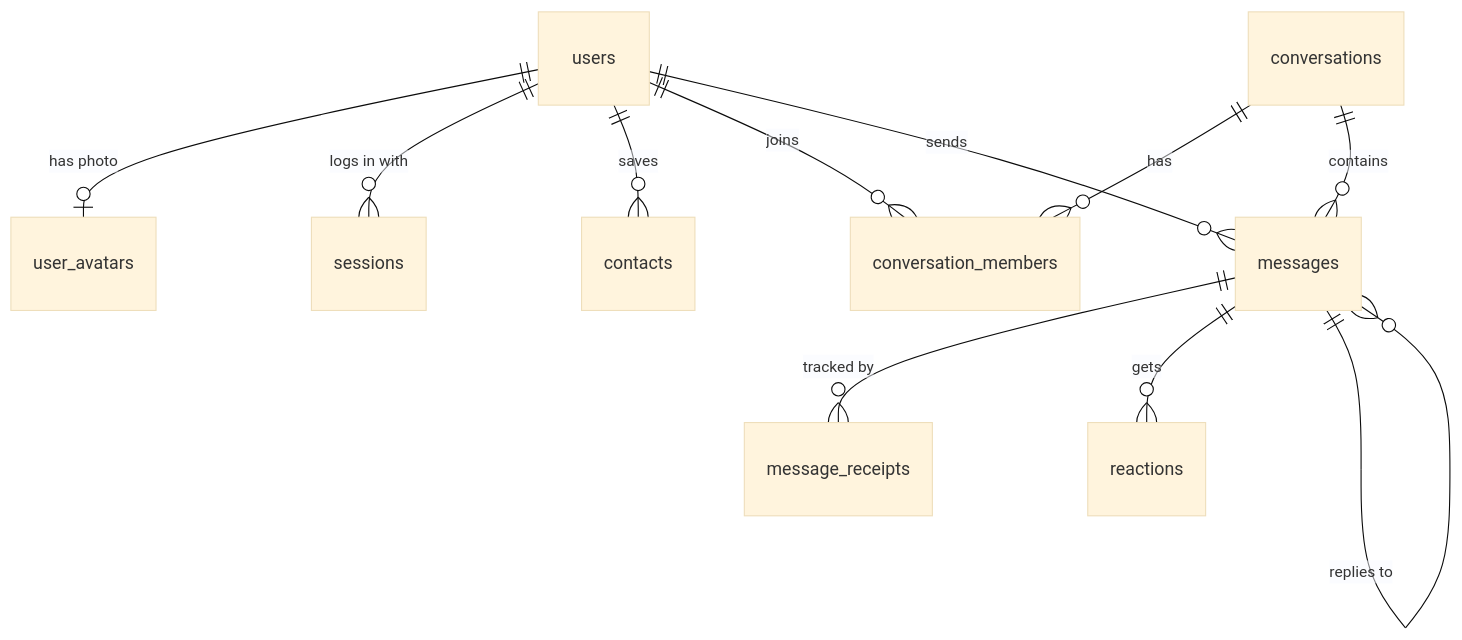
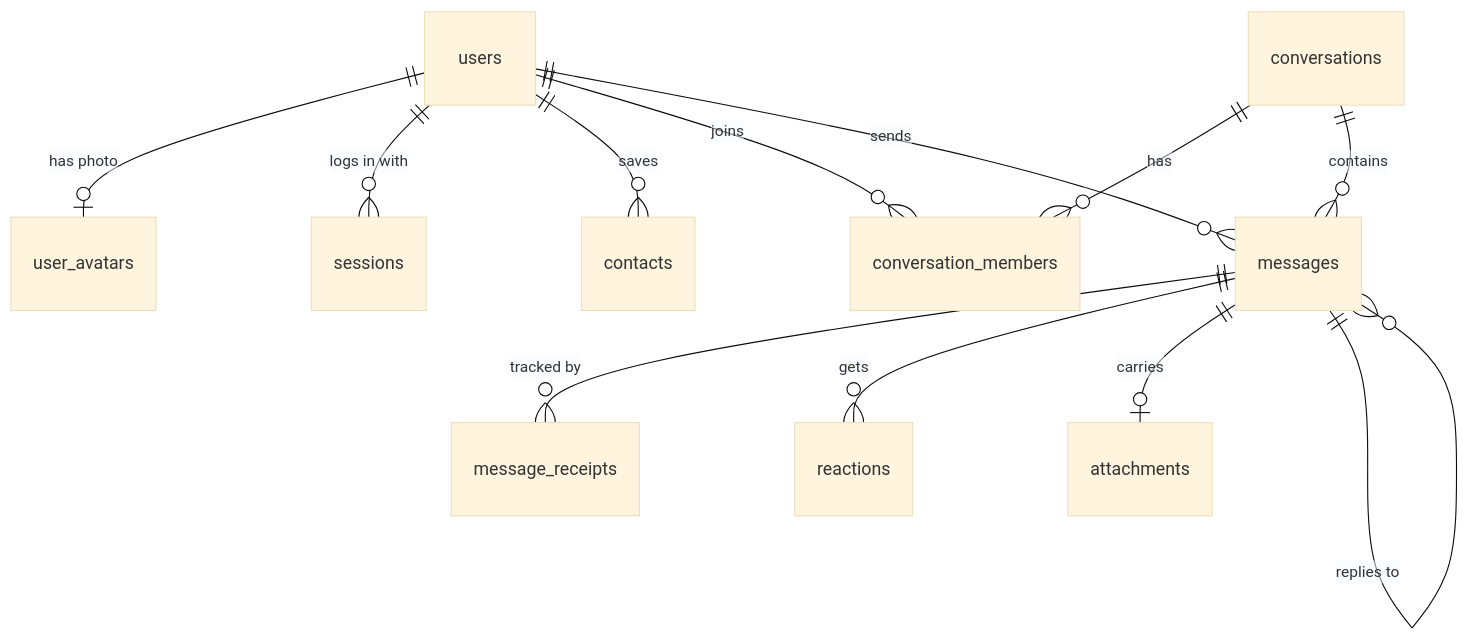
The diagram in README.md (Drishti84/Signal-Clone-Drishti), drawn with Mermaid (base theme) before and after one commit. The commit also changed other lines of this file and 21 other files, not shown here.

````diff
--- a/README.md
+++ b/README.md
@@ -146,13 +148,14 @@
 ```mermaid
 erDiagram
     users ||--o| user_avatars : "has photo"
     users ||--o{ sessions : "logs in with"
     users ||--o{ contacts : "saves"
     users ||--o{ conversation_members : "joins"
     conversations ||--o{ conversation_members : "has"
     conversations ||--o{ messages : "contains"
     users ||--o{ messages : "sends"
     messages ||--o{ message_receipts : "tracked by"
     messages ||--o{ reactions : "gets"
+    messages ||--o| attachments : "carries"
     messages ||--o{ messages : "replies to"
 ```
````
